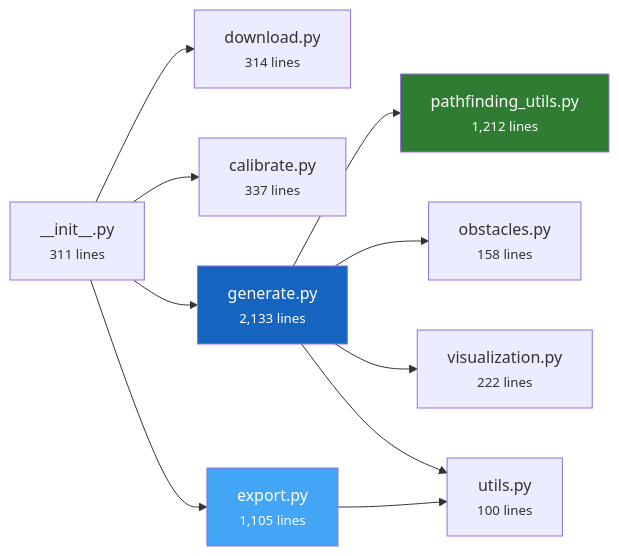
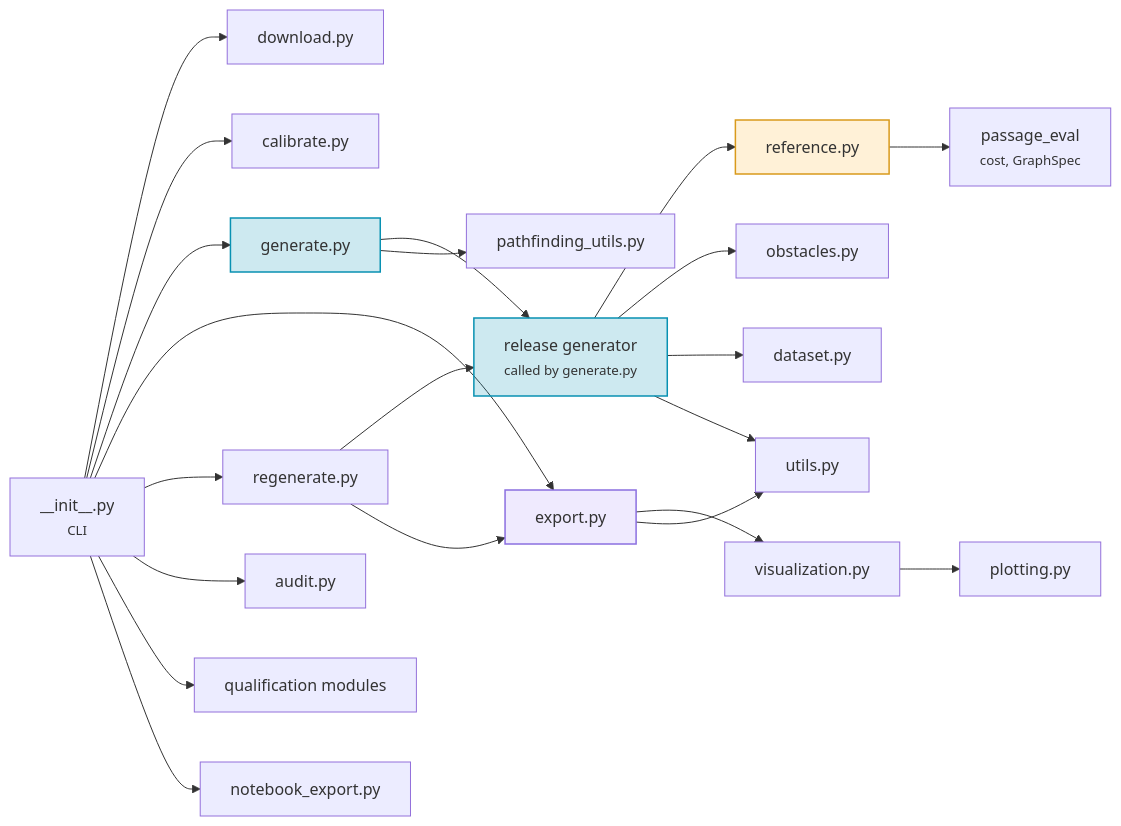
One commit to ThalesGroup/passage changed the diagram in docs/architecture/modules.md. Above: the diagram before and after it, drawn with Mermaid. The commit also changed other lines of this file and 597 other files, not shown here.

````diff
--- a/docs/architecture/modules.md
+++ b/docs/architecture/modules.md
@@ -13,18 +13,29 @@
 ```mermaid
 graph LR
-    INIT["__init__.py<br><small>311 lines</small>"] --> DL["download.py<br><small>314 lines</small>"]
-    INIT --> CAL["calibrate.py<br><small>337 lines</small>"]
-    INIT --> GEN["generate.py<br><small>2,133 lines</small>"]
-    INIT --> EXP["export.py<br><small>1,105 lines</small>"]
+    INIT["__init__.py<br><small>CLI</small>"] --> DL["download.py"]
+    INIT --> CAL["calibrate.py"]
+    INIT --> GEN["generate.py"]
+    INIT --> EXP["export.py"]
+    INIT --> REG["regenerate.py"]
+    INIT --> AUD["audit.py"]
+    INIT --> QUA["qualification modules"]
+    INIT --> NBX["notebook_export.py"]
 
-    GEN --> PF["pathfinding_utils.py<br><small>1,212 lines</small>"]
-    GEN --> OBS["obstacles.py<br><small>158 lines</small>"]
-    GEN --> VIZ["visualization.py<br><small>222 lines</small>"]
-    GEN --> UTL["utils.py<br><small>100 lines</small>"]
+    GEN --> RG["release generator<br><small>called by generate.py</small>"]
+    REG --> RG
+    REG --> EXP
+    RG --> REF["reference.py"]
+    RG --> OBS["obstacles.py"]
+    RG --> DS["dataset.py"]
+    RG --> UTL["utils.py"]
+    GEN --> PF["pathfinding_utils.py"]
+    EXP --> VIZ["visualization.py"]
+    VIZ --> PLT["plotting.py"]
+    EXP --> UTL
+    REF --> PE["passage_eval<br><small>cost, GraphSpec</small>"]
 
-    EXP --> UTL
-
-    style GEN fill:#1565C0,color:#fff
-    style PF fill:#2E7D32,color:#fff
-    style EXP fill:#42A5F5,color:#fff
+    style GEN fill:#0891b233,stroke:#0891b2,stroke-width:1.5px
+    style RG fill:#0891b233,stroke:#0891b2,stroke-width:1.5px
+    style REF fill:#ffb93833,stroke:#d99a1b,stroke-width:1.5px
+    style EXP fill:#a78bfa2e,stroke:#8b6fe0,stroke-width:1.5px
 ```
````
